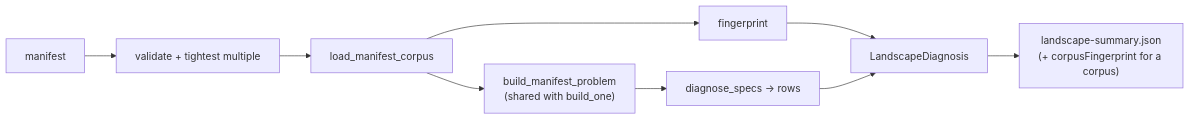
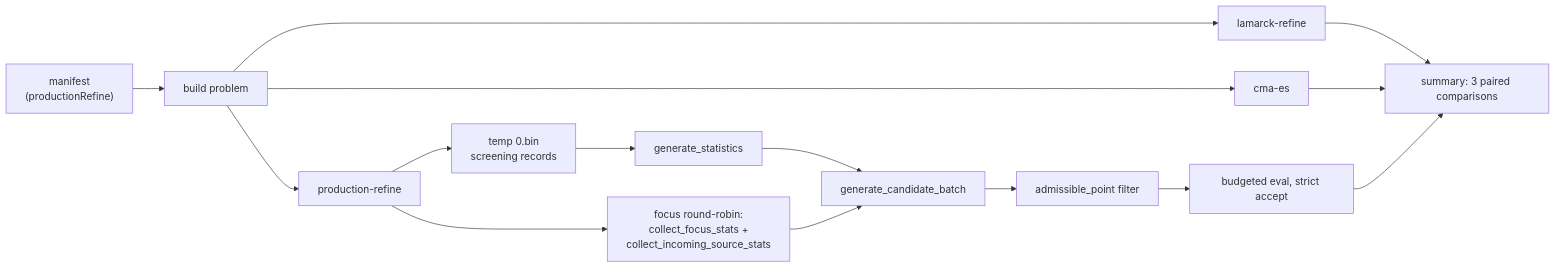
One commit to stSoftwareAU/NEAT-AI-Lamarck changed the diagram in docs/archive/pr-summaries/pr-summary-266.md. Above: the diagram before and after it, drawn with Mermaid. The commit also changed other lines of this file, not shown here.

First line of the commit message:
Write the PR summary for the production-refine arm (Issue #266)

````diff
--- a/docs/archive/pr-summaries/pr-summary-266.md
+++ b/docs/archive/pr-summaries/pr-summary-266.md
@@ -40,11 +46,17 @@
 ```mermaid
 flowchart LR
-    M[manifest] --> V[validate + tightest multiple]
-    V --> L[load_manifest_corpus]
-    L --> F[fingerprint]
-    L --> B["build_manifest_problem<br/>(shared with build_one)"]
-    B --> D[diagnose_specs → rows]
-    F --> S[LandscapeDiagnosis]
-    D --> S
-    S --> J["landscape-summary.json<br/>(+ corpusFingerprint for a corpus)"]
+    M["manifest<br/>(productionRefine)"] --> P[build problem]
+    P --> R[lamarck-refine]
+    P --> C[cma-es]
+    P --> X[production-refine]
+    X --> T["temp 0.bin<br/>screening records"]
+    T --> O[generate_statistics]
+    X --> F["focus round-robin:<br/>collect_focus_stats +<br/>collect_incoming_source_stats"]
+    O --> G[generate_candidate_batch]
+    F --> G
+    G --> A[admissible_point filter]
+    A --> E[budgeted eval, strict accept]
+    R --> S["summary: 3 paired comparisons"]
+    C --> S
+    E --> S
 ```
````
